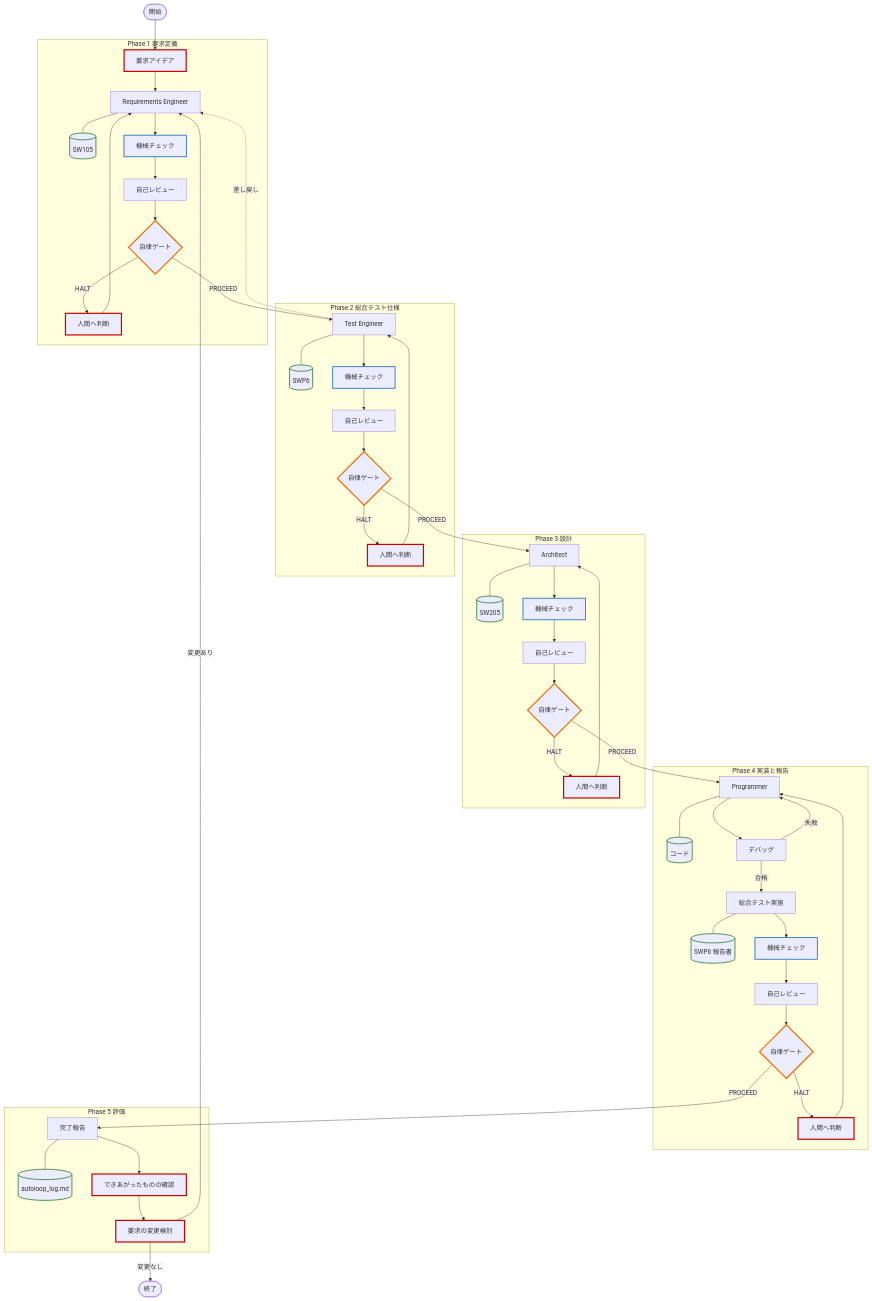
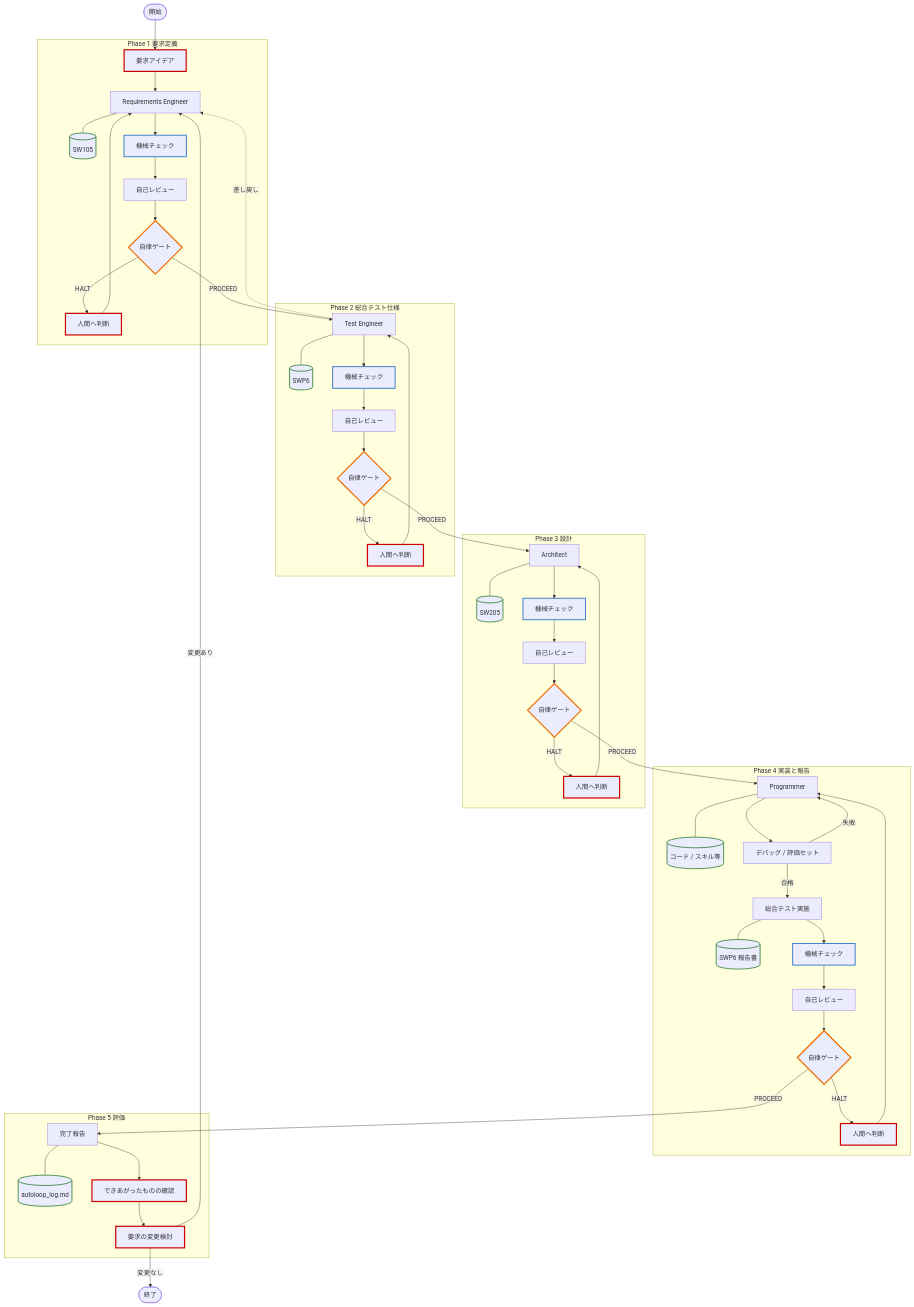
The second of 6 diagrams in README.md (yamaPiT/DADAProcess), drawn with Mermaid before and after one commit. The commit also changed other lines of this file, not shown here.

````diff
--- a/README.md
+++ b/README.md
@@ -558,69 +560,69 @@
 ```mermaid
 %%{init: {"flowchart": {"htmlLabels": false, "wrappingWidth": 999}}}%%
 graph TD
     Start(["開始"]) --> UserReq["要求アイデア"]
 
     subgraph P1 ["Phase 1 要求定義"]
         UserReq --> Req["Requirements Engineer"]
         Req --- ReqDoc[("SW105")]
         Req --> ReqChk["機械チェック"]
         ReqChk --> ReqRev["自己レビュー"]
         ReqRev --> Gate1{"自律ゲート"}
         Gate1 -->|HALT| Halt1["人間へ判断"]
         Halt1 --> Req
     end
 
     subgraph P2 ["Phase 2 総合テスト仕様"]
         Gate1 -->|PROCEED| TestPlan["Test Engineer"]
         TestPlan --- TestDoc[("SWP6")]
         TestPlan --> TestChk["機械チェック"]
         TestChk --> TestRev["自己レビュー"]
         TestRev --> Gate2{"自律ゲート"}
         Gate2 -->|HALT| Halt2["人間へ判断"]
         Halt2 --> TestPlan
     end
     TestPlan -.->|差し戻し| Req
 
     subgraph P3 ["Phase 3 設計"]
         Gate2 -->|PROCEED| Arch["Architect"]
         Arch --- ArchDoc[("SW205")]
         Arch --> ArchChk["機械チェック"]
         ArchChk --> ArchRev["自己レビュー"]
         ArchRev --> Gate3{"自律ゲート"}
         Gate3 -->|HALT| Halt3["人間へ判断"]
         Halt3 --> Arch
     end
 
     subgraph P4 ["Phase 4 実装と報告"]
         Gate3 -->|PROCEED| Impl["Programmer"]
-        Impl --- ProgDoc[("コード")]
-        Impl --> ImplLoop["デバッグ"]
+        Impl --- ProgDoc[("コード / スキル等")]
+        Impl --> ImplLoop["デバッグ / 評価セット"]
         ImplLoop -->|失敗| Impl
         ImplLoop -->|合格| SysTest["総合テスト実施"]
         SysTest --- ReportDoc[("SWP6 報告書")]
         SysTest --> CodeChk["機械チェック"]
         CodeChk --> CodeRev["自己レビュー"]
         CodeRev --> Gate4{"自律ゲート"}
         Gate4 -->|HALT| Halt4["人間へ判断"]
         Halt4 --> Impl
     end
 
     subgraph P5 ["Phase 5 評価"]
         Gate4 -->|PROCEED| Report["完了報告"]
         Report --- AutoLog[("autoloop_log.md")]
         Report --> Eval1["できあがったものの確認"]
         Eval1 --> Eval2["要求の変更検討"]
     end
     Eval2 -->|変更あり| Req
     Eval2 -->|変更なし| End(["終了"])
 
     classDef human stroke:#cc0000,stroke-width:3px;
     classDef tool stroke:#1565c0,stroke-width:2px;
     classDef doc stroke:#2e7d32,stroke-width:2px;
     classDef gate stroke:#ef6c00,stroke-width:3px;
 
     class UserReq,Halt1,Halt2,Halt3,Halt4,Eval1,Eval2 human;
     class ReqChk,TestChk,ArchChk,CodeChk tool;
     class ReqDoc,ArchDoc,ProgDoc,TestDoc,ReportDoc,AutoLog doc;
     class Gate1,Gate2,Gate3,Gate4 gate;
 ```
````
